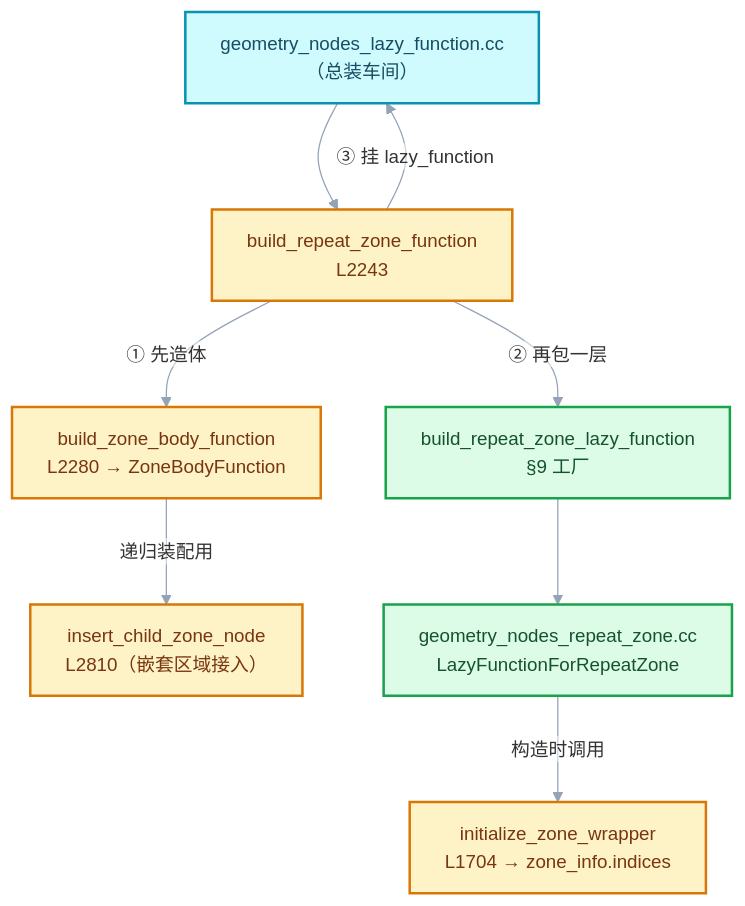
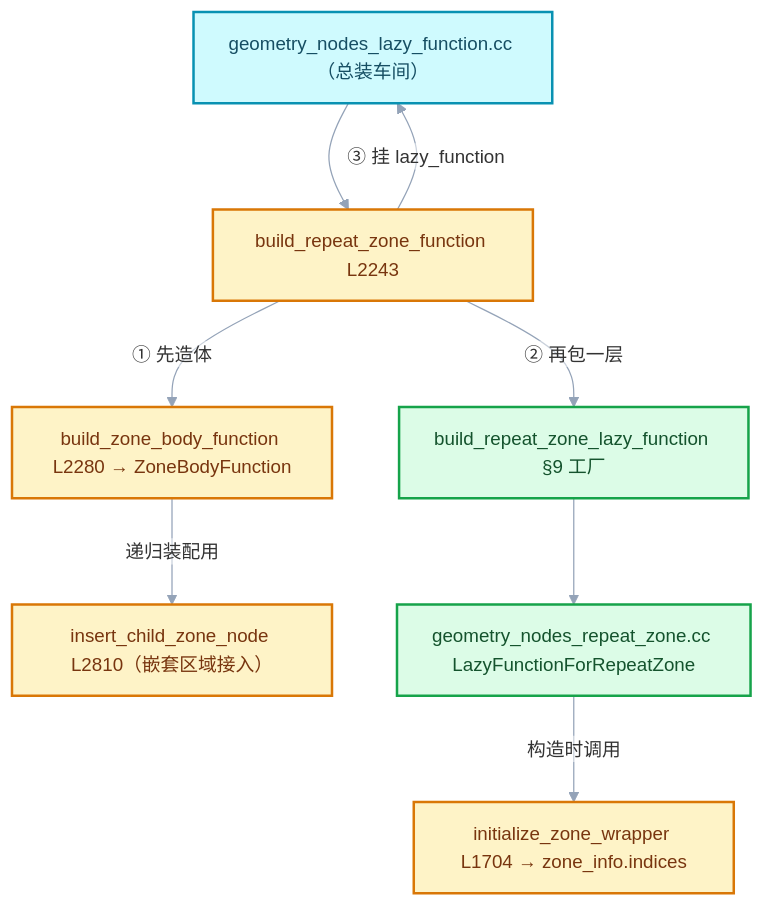
One commit to yunkezengren/blender-.vscode changed the sixth of 7 diagrams in 杂/markdown/重复区域-dsh/90-实现依赖专题/README.md. Above: the diagram before and after it, drawn with Mermaid. The commit also changed other lines of this file and 27 other files, not shown here.

````diff
--- a/杂/markdown/重复区域-dsh/90-实现依赖专题/README.md
+++ b/杂/markdown/重复区域-dsh/90-实现依赖专题/README.md
@@ -1572,24 +1532,24 @@
 ```mermaid
 %%{init: {"theme":"base","themeVariables":{"fontFamily":"\"Segoe UI\",\"Microsoft YaHei\",sans-serif","fontSize":"15px","lineColor":"#94A3B8","edgeLabelBackground":"#FFFFFF","clusterBkg":"#F8FAFC","clusterBorder":"#CBD5E1"},"flowchart":{"htmlLabels":false,"curve":"basis","nodeSpacing":52,"rankSpacing":64,"padding":14,"diagramPadding":16,"useMaxWidth":true},"sequence":{"useMaxWidth":true,"wrap":true,"mirrorActors":false,"messageMargin":36}}}%%
 flowchart TB
-    LF["geometry_nodes_lazy_function.cc<br/>（总装车间）"]:::data
-    BR["build_repeat_zone_function<br/>L2243"]:::compute
-    BODY["build_zone_body_function<br/>L2280 → ZoneBodyFunction"]:::compute
-    INIT["initialize_zone_wrapper<br/>L1704 → zone_info.indices"]:::compute
-    CHILD["insert_child_zone_node<br/>L2810（嵌套区域接入）"]:::compute
-    RZ["geometry_nodes_repeat_zone.cc<br/>LazyFunctionForRepeatZone"]:::result
-    FACT["build_repeat_zone_lazy_function<br/>§9 工厂"]:::result
+    LF["geometry_nodes_lazy_function.cc （总装车间）"]:::data
+    BR["build_repeat_zone_function L2243"]:::compute
+    BODY["build_zone_body_function L2280 → ZoneBodyFunction"]:::compute
+    INIT["initialize_zone_wrapper L1704 → zone_info.indices"]:::compute
+    CHILD["insert_child_zone_node L2810（嵌套区域接入）"]:::compute
+    RZ["geometry_nodes_repeat_zone.cc LazyFunctionForRepeatZone"]:::result
+    FACT["build_repeat_zone_lazy_function §9 工厂"]:::result
     LF --> BR
     BR -->|"① 先造体"| BODY
     BR -->|"② 再包一层"| FACT
     BR -->|"③ 挂 lazy_function"| LF
     BODY -->|"递归装配用"| CHILD
     FACT --> RZ
     RZ -->|"构造时调用"| INIT
     classDef input fill:#DBEAFE,stroke:#2563EB,color:#172554,stroke-width:2px;
     classDef data fill:#CFFAFE,stroke:#0891B2,color:#164E63,stroke-width:2px;
     classDef abstraction fill:#EDE9FE,stroke:#7C3AED,color:#3B0764,stroke-width:2px;
     classDef compute fill:#FEF3C7,stroke:#D97706,color:#78350F,stroke-width:2px;
     classDef result fill:#DCFCE7,stroke:#16A34A,color:#14532D,stroke-width:2px;
     classDef error fill:#FEE2E2,stroke:#DC2626,color:#7F1D1D,stroke-width:2px;
 ```
````
